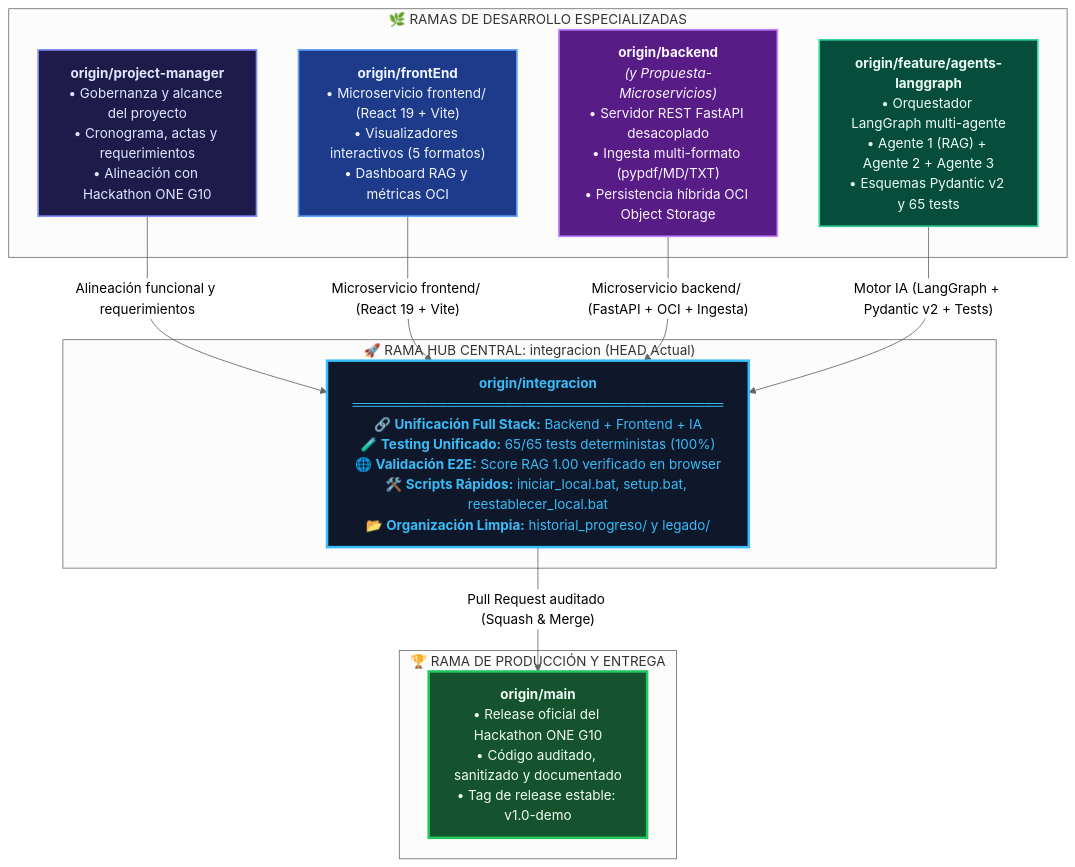
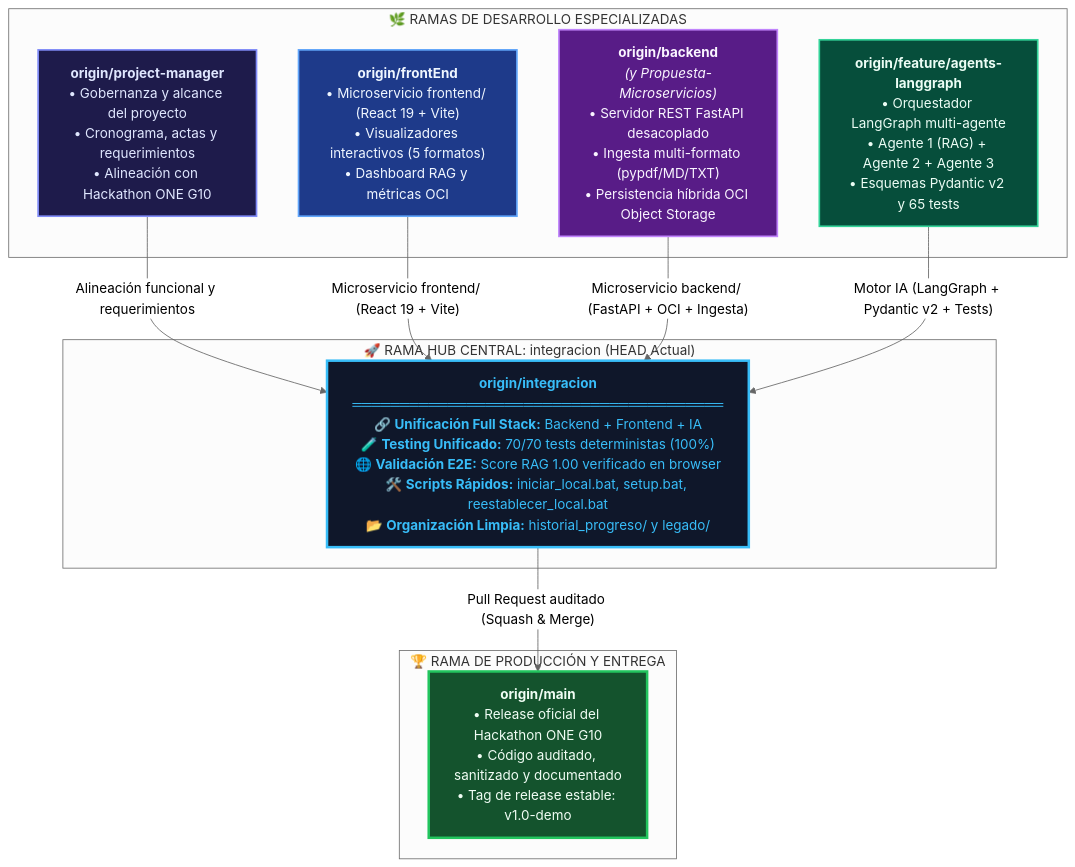
The second of 5 diagrams in README.md (No-Country-simulation/G10-LATAM-equipo10NovaMind), drawn with Mermaid (neutral theme) before and after one commit. The commit also changed other lines of this file and 67 other files, not shown here.

````diff
--- a/README.md
+++ b/README.md
@@ -97,32 +98,32 @@
 ```mermaid
 graph TD
     %% Estilos de Nodos
     classDef pm fill:#1e1b4b,stroke:#818cf8,stroke-width:2px,color:#e0e7ff;
     classDef front fill:#1e3a8a,stroke:#60a5fa,stroke-width:2px,color:#eff6ff;
     classDef back fill:#581c87,stroke:#c084fc,stroke-width:2px,color:#faf5ff;
     classDef agent fill:#064e3b,stroke:#34d399,stroke-width:2px,color:#ecfdf5;
     classDef hub fill:#0f172a,stroke:#38bdf8,stroke-width:3px,color:#38bdf8;
     classDef prod fill:#14532d,stroke:#22c55e,stroke-width:3px,color:#f0fdf4;
 
     subgraph RAMAS_ORIGEN ["🌿 RAMAS DE DESARROLLO ESPECIALIZADAS"]
         B_PM["<b>origin/project-manager</b><br/>• Gobernanza y alcance del proyecto<br/>• Cronograma, actas y requerimientos<br/>• Alineación con Hackathon ONE G10"]:::pm
         B_FE["<b>origin/frontEnd</b><br/>• Microservicio frontend/ (React 19 + Vite)<br/>• Visualizadores interactivos (5 formatos)<br/>• Dashboard RAG y métricas OCI"]:::front
         B_BE["<b>origin/backend</b><br/><i>(y Propuesta-Microservicios)</i><br/>• Servidor REST FastAPI desacoplado<br/>• Ingesta multi-formato (pypdf/MD/TXT)<br/>• Persistencia híbrida OCI Object Storage"]:::back
         B_AI["<b>origin/feature/agents-langgraph</b><br/>• Orquestador LangGraph multi-agente<br/>• Agente 1 (RAG) + Agente 2 + Agente 3<br/>• Esquemas Pydantic v2 y 65 tests"]:::agent
     end
 
     subgraph HUB_INTEGRACION ["🚀 RAMA HUB CENTRAL: integracion (HEAD Actual)"]
-        INT_CORE["<b>origin/integracion</b><br/>═══════════════════════════════════════<br/>🔗 <b>Unificación Full Stack:</b> Backend + Frontend + IA<br/>🧪 <b>Testing Unificado:</b> 65/65 tests deterministas (100%)<br/>🌐 <b>Validación E2E:</b> Score RAG 1.00 verificado en browser<br/>🛠️ <b>Scripts Rápidos:</b> iniciar_local.bat, setup.bat, reestablecer_local.bat<br/>📂 <b>Organización Limpia:</b> historial_progreso/ y legado/"]:::hub
+        INT_CORE["<b>origin/integracion</b><br/>═══════════════════════════════════════<br/>🔗 <b>Unificación Full Stack:</b> Backend + Frontend + IA<br/>🧪 <b>Testing Unificado:</b> 70/70 tests deterministas (100%)<br/>🌐 <b>Validación E2E:</b> Score RAG 1.00 verificado en browser<br/>🛠️ <b>Scripts Rápidos:</b> iniciar_local.bat, setup.bat, reestablecer_local.bat<br/>📂 <b>Organización Limpia:</b> historial_progreso/ y legado/"]:::hub
     end
 
     subgraph RAMA_RELEASE ["🏆 RAMA DE PRODUCCIÓN Y ENTREGA"]
         MAIN["<b>origin/main</b><br/>• Release oficial del Hackathon ONE G10<br/>• Código auditado, sanitizado y documentado<br/>• Tag de release estable: v1.0-demo"]:::prod
     end
 
     B_PM -->|"Alineación funcional y requerimientos"| INT_CORE
     B_FE -->|"Microservicio frontend/ (React 19 + Vite)"| INT_CORE
     B_BE -->|"Microservicio backend/ (FastAPI + OCI + Ingesta)"| INT_CORE
     B_AI -->|"Motor IA (LangGraph + Pydantic v2 + Tests)"| INT_CORE
 
     INT_CORE -->|"Pull Request auditado (Squash & Merge)"| MAIN
 ```
````
